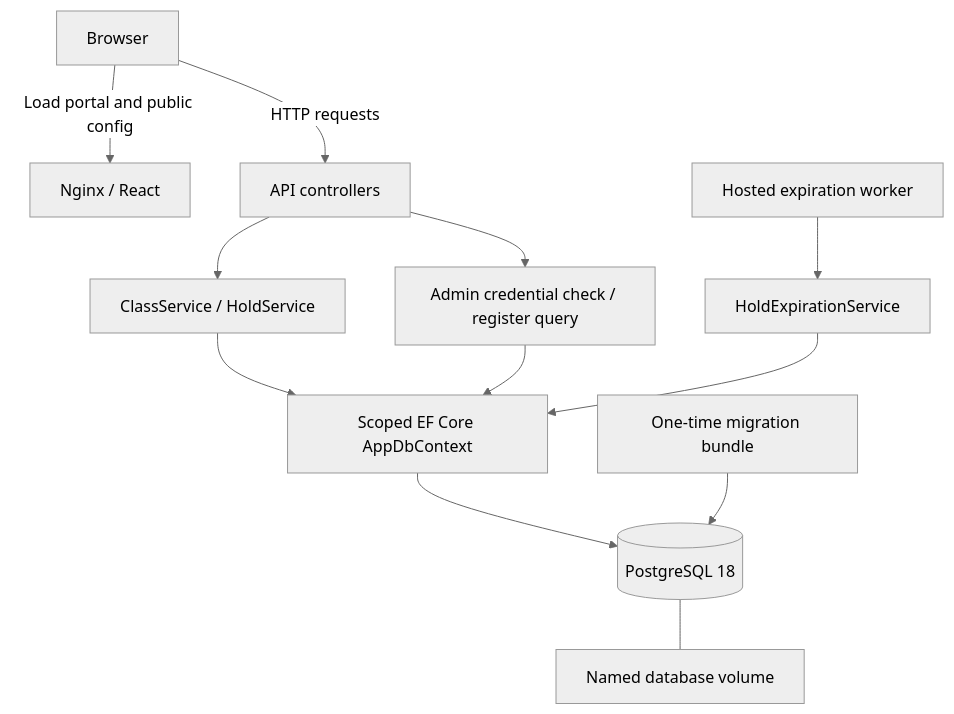
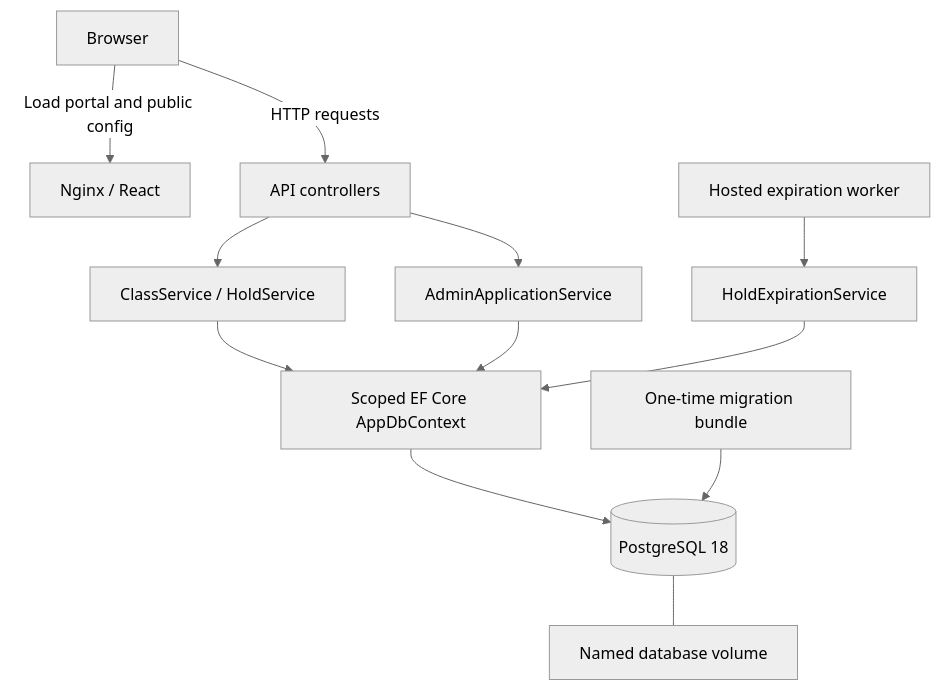
The first of 2 diagrams in docs/ARCHITECTURE.md (RafyBhuiyan/School-Admission-System), drawn with Mermaid (neutral theme) before and after one commit. The commit also changed other lines of this file and 11 other files, not shown here.

First line of the commit message:
Extract admin application service and refine database settings

````diff
--- a/docs/ARCHITECTURE.md
+++ b/docs/ARCHITECTURE.md
@@ -7,14 +7,14 @@
 ```mermaid
 flowchart TB
     Browser[Browser] -->|Load portal and public config| Web[Nginx / React]
     Browser -->|HTTP requests| Controllers[API controllers]
     Controllers --> Services[ClassService / HoldService]
-    Controllers --> Admin[Admin credential check / register query]
+    Controllers --> Admin[AdminApplicationService]
     Services --> EF[Scoped EF Core AppDbContext]
     Admin --> EF
     Worker[Hosted expiration worker] --> Expiry[HoldExpirationService]
     Expiry --> EF
     EF --> DB[(PostgreSQL 18)]
     Migrator[One-time migration bundle] --> DB
     DB --- Volume[Named database volume]
 ```
````
